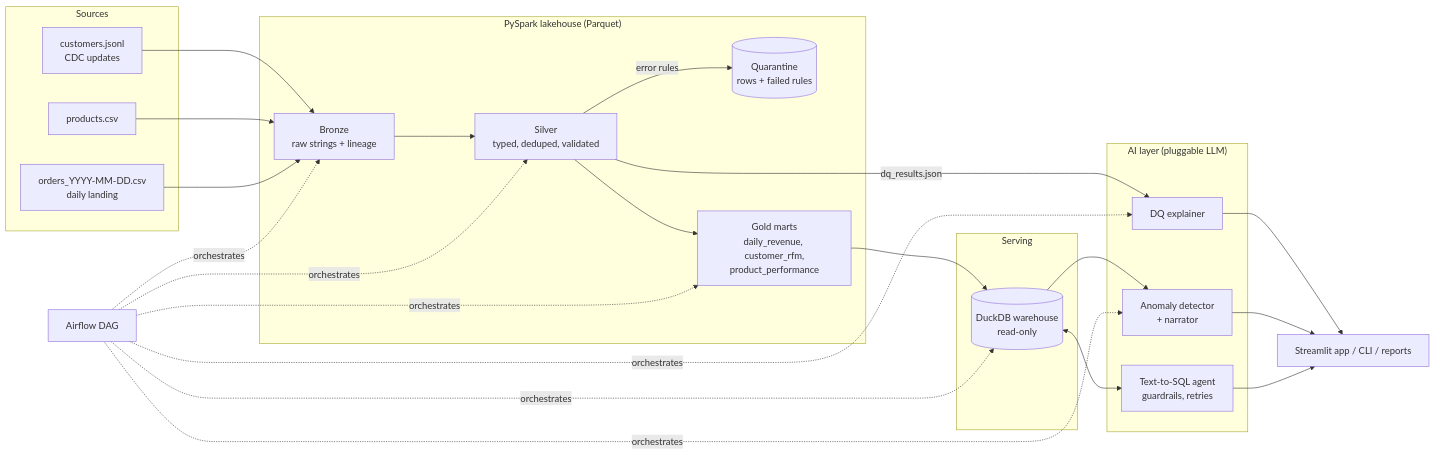
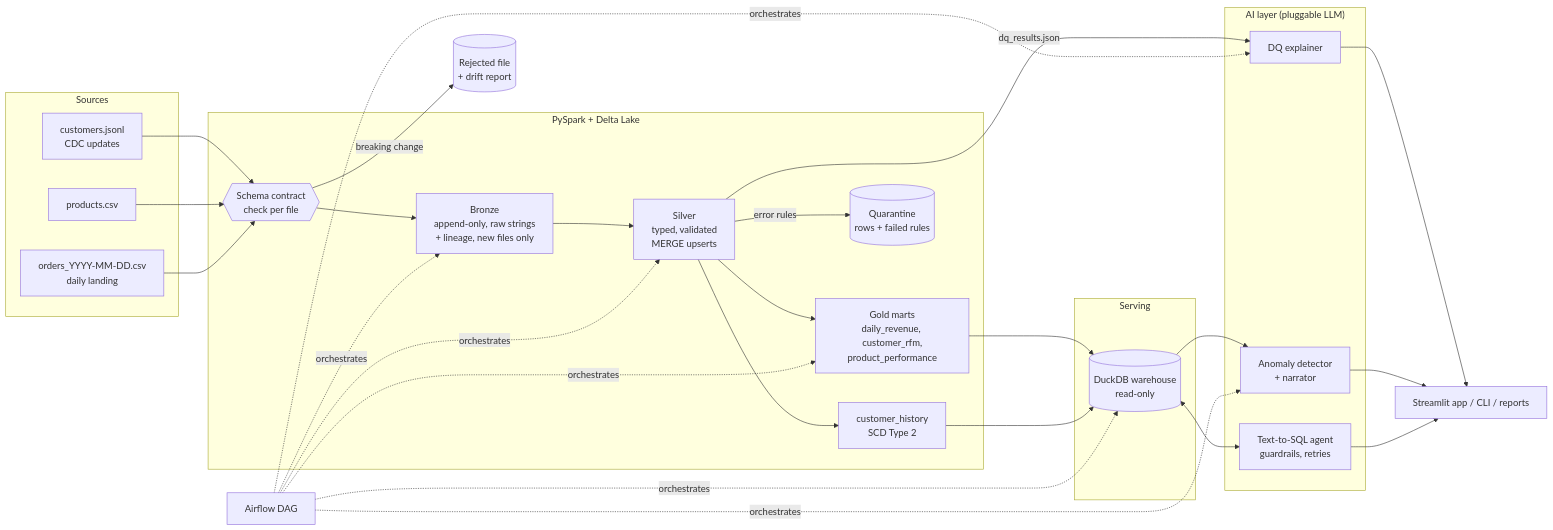
One commit to arjunmylagondawork-dev/lakesense-ai changed the diagram in README.md. Above: the diagram before and after it, drawn with Mermaid. The commit also changed other lines of this file and 7 other files, not shown here.

First line of the commit message:
Docs and walkthrough for Delta Lake, incremental loads and SCD2

````diff
--- a/README.md
+++ b/README.md
@@ -38,33 +43,37 @@
 ```mermaid
 flowchart LR
     subgraph Sources
         A1[customers.jsonl<br/>CDC updates]
         A2[products.csv]
         A3[orders_YYYY-MM-DD.csv<br/>daily landing]
     end
 
-    subgraph Lakehouse["PySpark lakehouse (Parquet)"]
-        B[Bronze<br/>raw strings + lineage]
-        S[Silver<br/>typed, deduped, validated]
+    subgraph Lakehouse["PySpark + Delta Lake"]
+        C{{Schema contract<br/>check per file}}
+        B[Bronze<br/>append-only, raw strings<br/>+ lineage, new files only]
+        S[Silver<br/>typed, validated<br/>MERGE upserts]
+        H[customer_history<br/>SCD Type 2]
         Q[(Quarantine<br/>rows + failed rules)]
         G[Gold marts<br/>daily_revenue, customer_rfm,<br/>product_performance]
     end
 
     subgraph Serving
         W[(DuckDB warehouse<br/>read-only)]
     end
 
     subgraph AI["AI layer (pluggable LLM)"]
         D[DQ explainer]
         N[Anomaly detector<br/>+ narrator]
         T[Text-to-SQL agent<br/>guardrails, retries]
     end
 
-    A1 & A2 & A3 --> B --> S --> G --> W
+    A1 & A2 & A3 --> C --> B --> S --> G --> W
+    C -- breaking change --> R[(Rejected file<br/>+ drift report)]
+    S --> H --> W
     S -- error rules --> Q
     S -- dq_results.json --> D
     W --> N
     W <--> T
     D & N & T --> UI[Streamlit app / CLI / reports]
     AF[Airflow DAG] -. orchestrates .-> B & S & G & W & D & N
 ```
````
